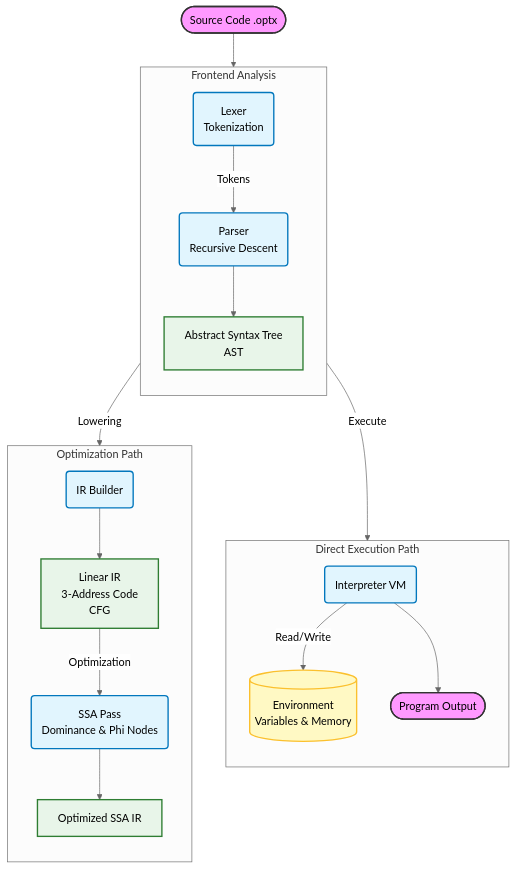
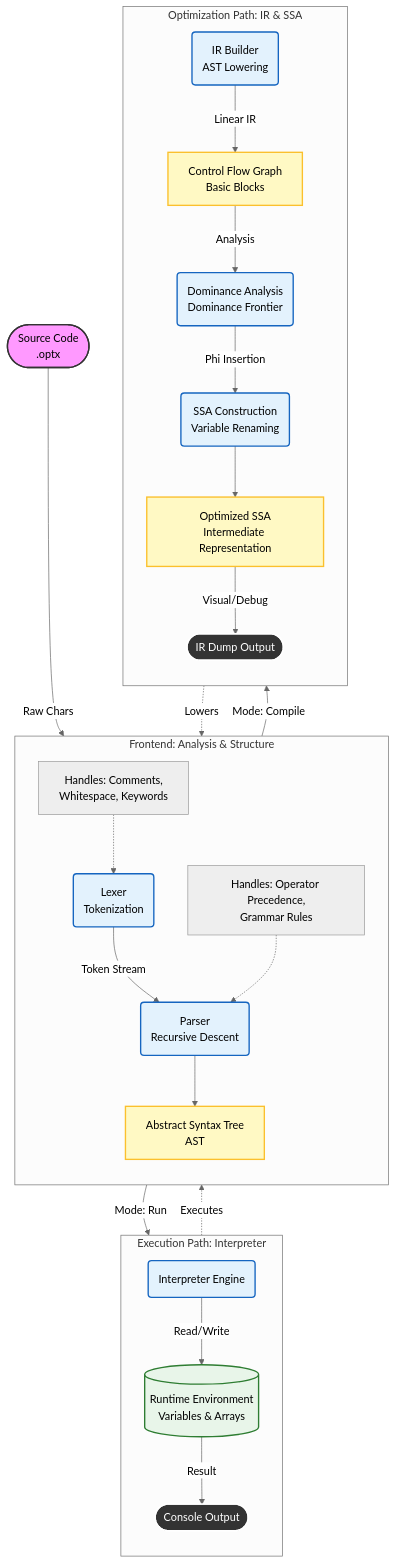
One commit to AdityaPandey-DEV/Optimix-Compiler changed the diagram in flowchart.md. Above: the diagram before and after it, drawn with Mermaid (neutral theme). The commit also changed other lines of this file, not shown here.

Commit message:
Add flowchart.md with architecture overview

````diff
--- a/flowchart.md
+++ b/flowchart.md
@@ -14,40 +21,60 @@
 ```mermaid
 graph TD
-    %% Input Node
-    Input([Source Code .optx]) --> Lexer
-
-    %% Frontend
-    subgraph Frontend [Frontend Analysis]
-        direction TB
-        Lexer(Lexer\nTokenization) -->|Tokens| Parser(Parser\nRecursive Descent)
-        Parser --> AST[Abstract Syntax Tree\nAST]
-    end
-
-    %% Execution Path
-    subgraph Interpreter [Direct Execution Path]
-        direction TB
-        AST -->|Execute| VM(Interpreter VM)
-        VM -->|Read/Write| Env[(Environment\nVariables & Memory)]
-        VM --> Output([Program Output])
-    end
-
-    %% Compilation Path
-    subgraph Compiler [Optimization Path]
-        direction TB
-        AST -->|Lowering| IRBuilder(IR Builder)
-        IRBuilder --> IR[Linear IR\n3-Address Code\nCFG]
-        IR -->|Optimization| SSA(SSA Pass\nDominance & Phi Nodes)
-        SSA --> OptIR[Optimized SSA IR]
-    end
-
     %% Styling
     classDef input fill:#f9f,stroke:#333,stroke-width:2px;
-    classDef process fill:#e1f5fe,stroke:#0277bd,stroke-width:2px;
-    classDef data fill:#fff9c4,stroke:#fbc02d,stroke-width:2px;
-    classDef artifact fill:#e8f5e9,stroke:#2e7d32,stroke-width:2px;
+    classDef process fill:#e3f2fd,stroke:#1565c0,stroke-width:2px;
+    classDef artifact fill:#fff9c4,stroke:#fbc02d,stroke-width:2px;
+    classDef store fill:#e8f5e9,stroke:#2e7d32,stroke-width:2px;
+    classDef output fill:#333,stroke:#fff,stroke-width:2px,color:#fff;
 
-    class Input,Output input;
-    class Lexer,Parser,VM,IRBuilder,SSA process;
-    class Env,Tokens data;
-    class AST,IR,OptIR artifact;
+    %% 1. Source Input
+    Source([Source Code\n.optx]) -->|Raw Chars| Lexer
+    class Source input
+
+    %% 2. Frontend Subsystem
+    subgraph Frontend [Frontend: Analysis & Structure]
+        direction TB
+        Lexer(Lexer\nTokenization) -->|Token Stream| Parser(Parser\nRecursive Descent)
+        Parser --> AST[Abstract Syntax Tree\nAST]
+        
+        note1[Handles: Comments,\nWhitespace, Keywords] -.-> Lexer
+        note2[Handles: Operator Precedence,\nGrammar Rules] -.-> Parser
+    end
+    class Lexer,Parser process
+    class AST artifact
+
+    %% Branching point
+    AST -->|Mode: Run| InterpreterPath
+    AST -->|Mode: Compile| CompilerPath
+
+    %% 3. Interpreter Subsystem
+    subgraph InterpreterPath [Execution Path: Interpreter]
+        direction TB
+        Interpreter(Interpreter Engine)
+        Interpreter -->|Read/Write| Env[(Runtime Environment\nVariables & Arrays)]
+        Env -->|Result| Output1([Console Output])
+    end
+    class Interpreter process
+    class Env store
+    class Output1 output
+
+    %% 4. Compiler & Optimization Subsystem
+    subgraph CompilerPath [Optimization Path: IR & SSA]
+        direction TB
+        IRBuilder(IR Builder\nAST Lowering) -->|Linear IR| CFG[Control Flow Graph\nBasic Blocks]
+        
+        CFG -->|Analysis| Dominance(Dominance Analysis\nDominance Frontier)
+        Dominance -->|Phi Insertion| SSAPass(SSA Construction\nVariable Renaming)
+        
+        SSAPass --> OptimizedIR[Optimized SSA\nIntermediate Representation]
+        
+        OptimizedIR -->|Visual/Debug| Output2([IR Dump Output])
+    end
+    class IRBuilder,Dominance,SSAPass process
+    class CFG,OptimizedIR artifact
+    class Output2 output
+
+    %% Relationships
+    Interpreter -.->|Executes| AST
+    IRBuilder -.->|Lowers| AST
 ```
````
